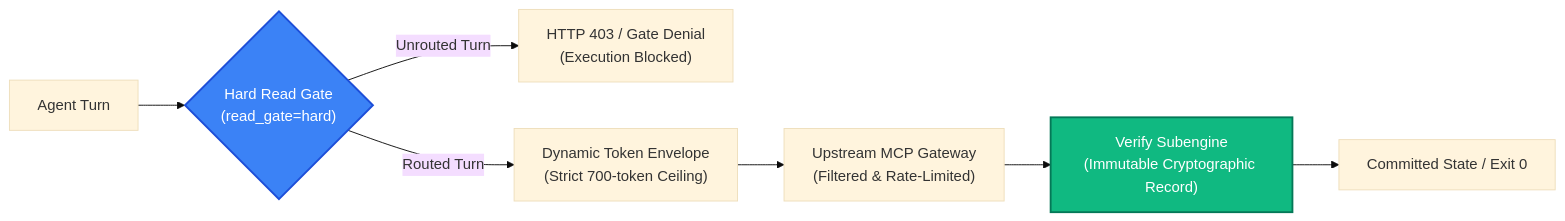
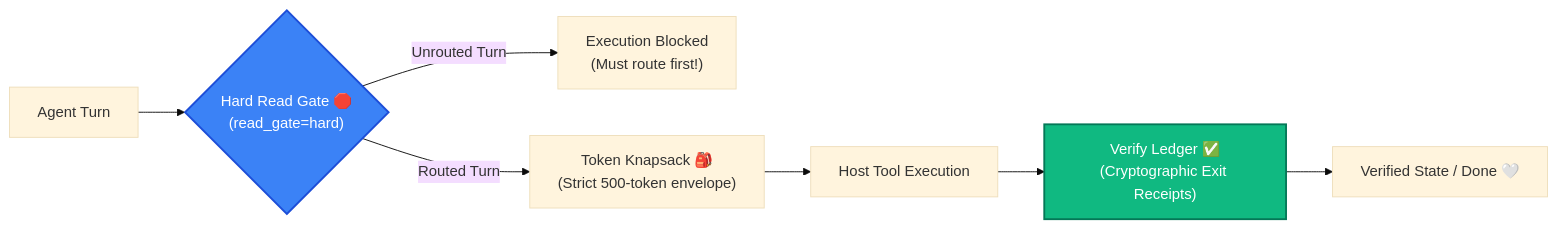
One commit to abhiudayg/abhiudayg changed the second of 3 diagrams in src/content/blog/agent-brain-the-architectural-pivot-and-runtime.md. Above: the diagram before and after it, drawn with Mermaid (base theme). The commit also changed other lines of this file and 12 other files, not shown here.

````diff
--- a/src/content/blog/agent-brain-the-architectural-pivot-and-runtime.md
+++ b/src/content/blog/agent-brain-the-architectural-pivot-and-runtime.md
@@ -49,12 +54,12 @@
 ```mermaid
 flowchart LR
-    Turn["Agent Turn"] --> Gate{"Hard Read Gate\n(read_gate=hard)"}
-    Gate -- Unrouted Turn --> Blocked["HTTP 403 / Gate Denial\n(Execution Blocked)"]
-    Gate -- Routed Turn --> Budget["Dynamic Token Envelope\n(Strict 700-token Ceiling)"]
-    Budget --> Upstream["Upstream MCP Gateway\n(Filtered & Rate-Limited)"]
-    Upstream --> Verify["Verify Subengine\n(Immutable Cryptographic Record)"]
-    Verify --> State["Committed State / Exit 0"]
+    Turn["Agent Turn"] --> Gate{"Hard Read Gate 🛑\n(read_gate=hard)"}
+    Gate -- Unrouted Turn --> Blocked["Execution Blocked\n(Must route first!)"]
+    Gate -- Routed Turn --> Budget["Token Knapsack 🎒\n(Strict 500-token envelope)"]
+    Budget --> Exec["Host Tool Execution"]
+    Exec --> Verify["Verify Ledger ✅\n(Cryptographic Exit Receipts)"]
+    Verify --> Done["Verified State / Done 🤍"]
     
     style Gate fill:#3b82f6,stroke:#1d4ed8,stroke-width:2px,color:#fff
     style Verify fill:#10b981,stroke:#047857,stroke-width:2px,color:#fff
 ```
````
